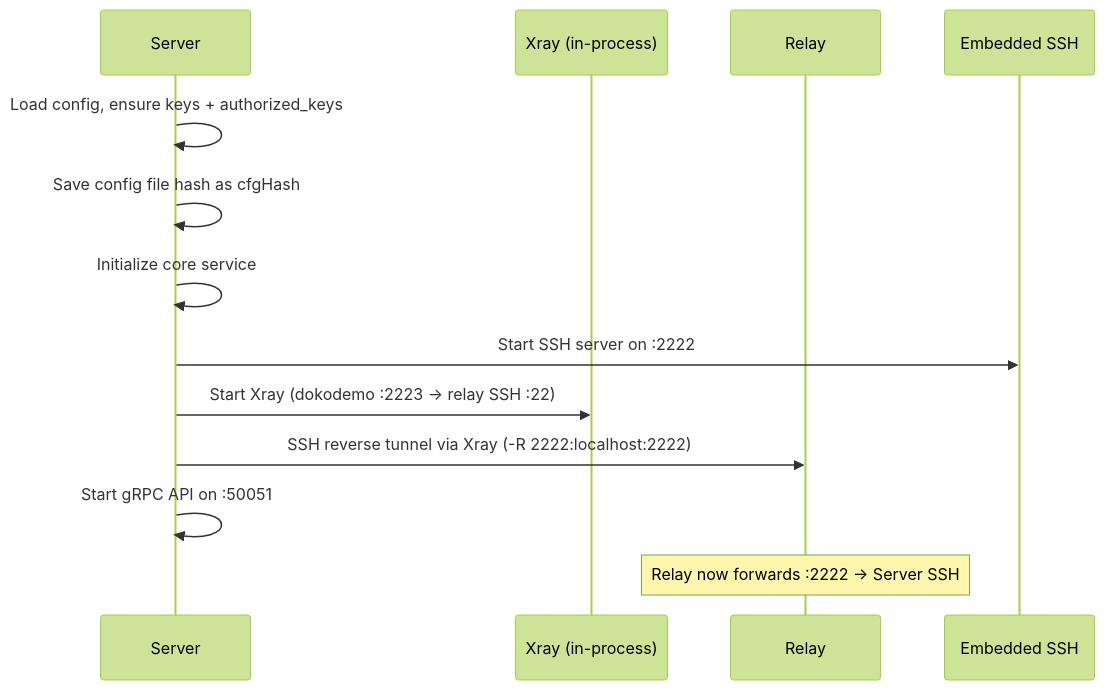
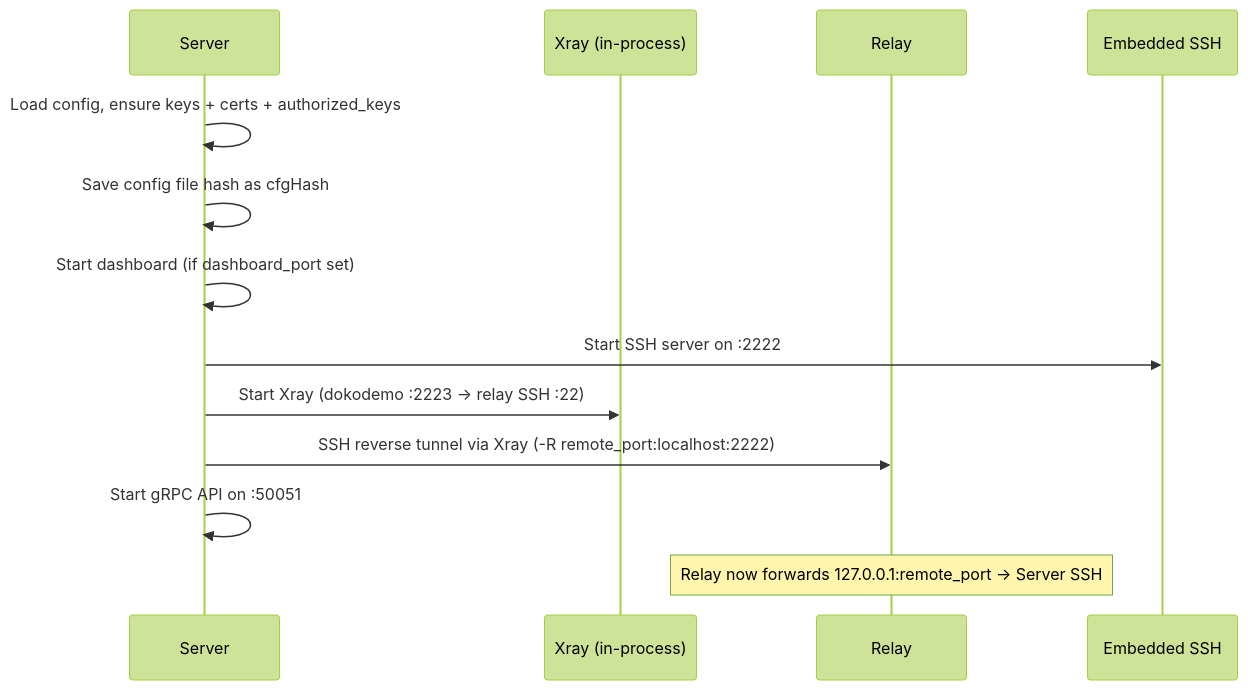
One commit to Tunnel-Whisperer/Tunnel-Whisperer changed the fourth of 6 diagrams in docs/architecture/runtime-views.md. Above: the diagram before and after it, drawn with Mermaid (forest theme). The commit also changed other lines of this file and 45 other files, not shown here.

````diff
--- a/docs/architecture/runtime-views.md
+++ b/docs/architecture/runtime-views.md
@@ -110,16 +148,16 @@
 ```mermaid
 sequenceDiagram
     participant S as Server
     participant X as Xray (in-process)
     participant R as Relay
     participant SSH as Embedded SSH
 
-    S ->> S: Load config, ensure keys + authorized_keys
+    S ->> S: Load config, ensure keys + certs + authorized_keys
     S ->> S: Save config file hash as cfgHash
-    S ->> S: Initialize core service
+    S ->> S: Start dashboard (if dashboard_port set)
     S ->> SSH: Start SSH server on :2222
     S ->> X: Start Xray (dokodemo :2223 -> relay SSH :22)
-    S ->> R: SSH reverse tunnel via Xray (-R 2222:localhost:2222)
+    S ->> R: SSH reverse tunnel via Xray (-R remote_port:localhost:2222)
     S ->> S: Start gRPC API on :50051
-    Note over R: Relay now forwards :2222 -> Server SSH
+    Note over R: Relay now forwards 127.0.0.1:remote_port -> Server SSH
 ```
````
